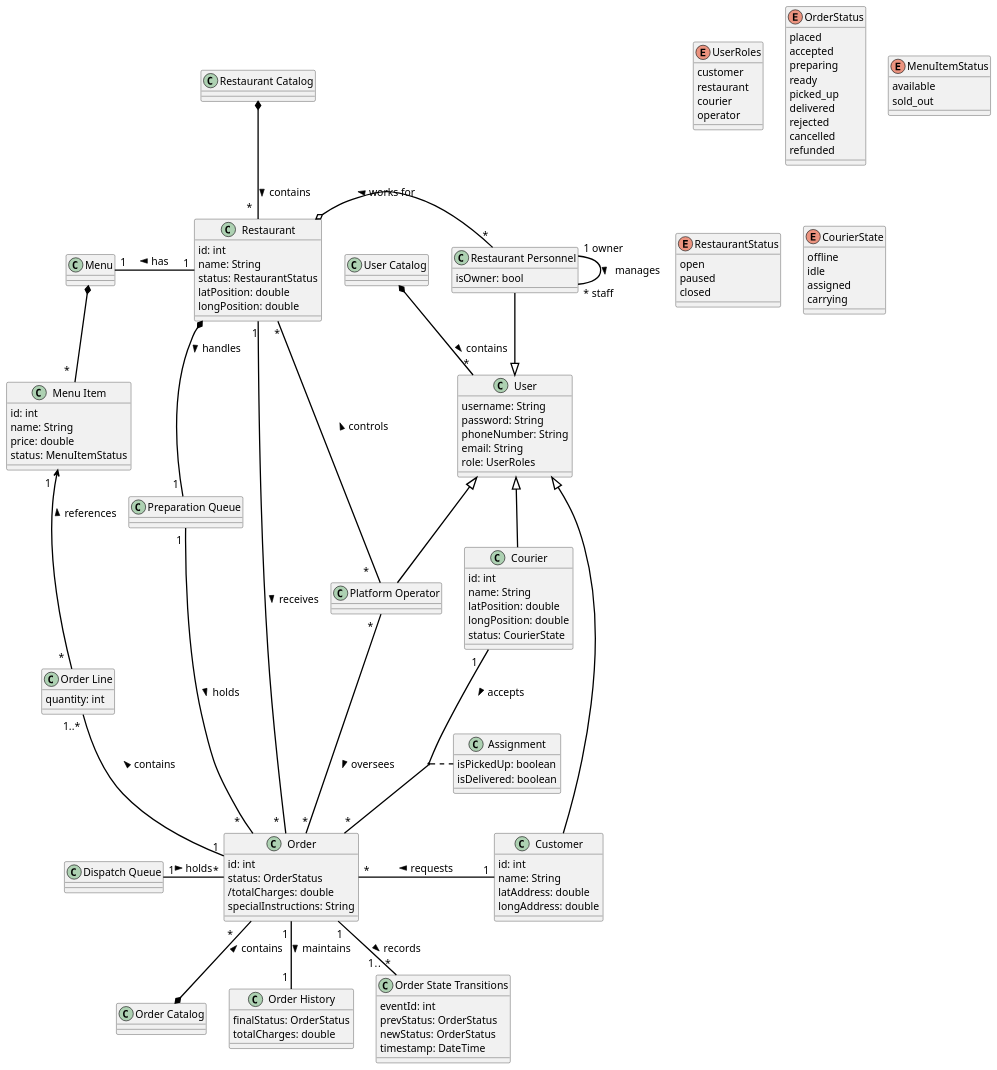
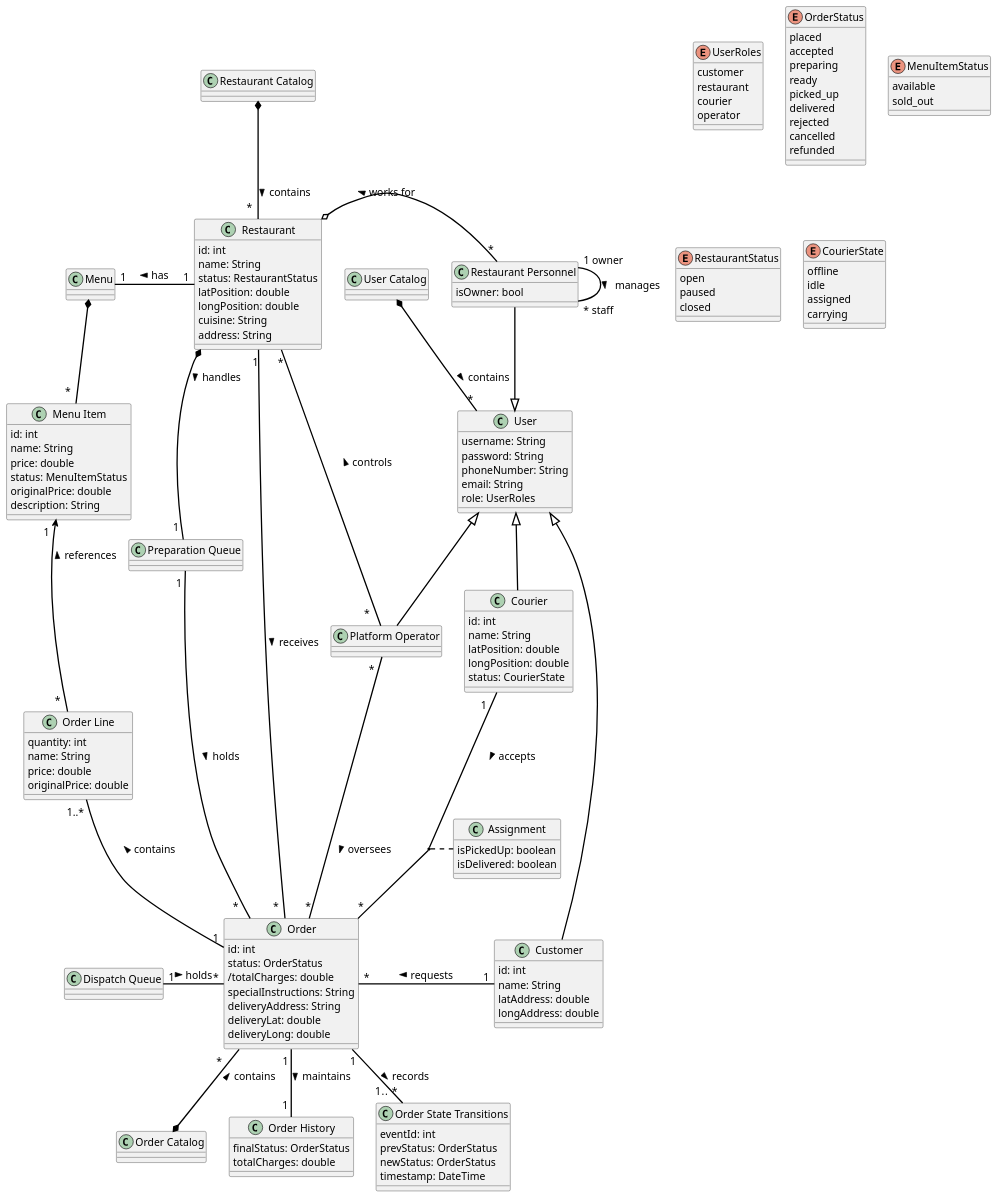
Before and after one commit to MonishKD/HelloWorldprint_HI: the diagram in diagrams/domainModel.puml, drawn with PlantUML.

Commit message:
Propose fields the frontend needs in the domain model

```diff
--- a/diagrams/domainModel.puml
+++ b/diagrams/domainModel.puml
@@ -40,6 +40,9 @@
     status: RestaurantStatus
     latPosition: double
     longPosition: double
+    ' proposed by frontend, see APP/frontend/docs/BACKEND_INTEGRATION.md section 4b
+    cuisine: String
+    address: String
 }
 
 class "Restaurant Personnel" as RestPers {
@@ -64,10 +67,18 @@
     status: OrderStatus
     /totalCharges: double
     specialInstructions: String
+    ' proposed by frontend: drop-off point typed in the cart (snapshot, Customer keeps the saved address)
+    deliveryAddress: String
+    deliveryLat: double
+    deliveryLong: double
 }
 
 class "Order Line" as OrderLine {
     quantity: int
+    ' proposed by frontend: snapshot of the item at order time (needed for /totalCharges and the savings shown)
+    name: String
+    price: double
+    originalPrice: double
 }
 
 class "Menu" as Menu {
@@ -79,6 +90,9 @@
     name: String
     price: double
     status: MenuItemStatus
+    ' proposed by frontend: price before the surplus discount, and the dish description
+    originalPrice: double
+    description: String
 }
 
 class "Preparation Queue" as PQ {
```
